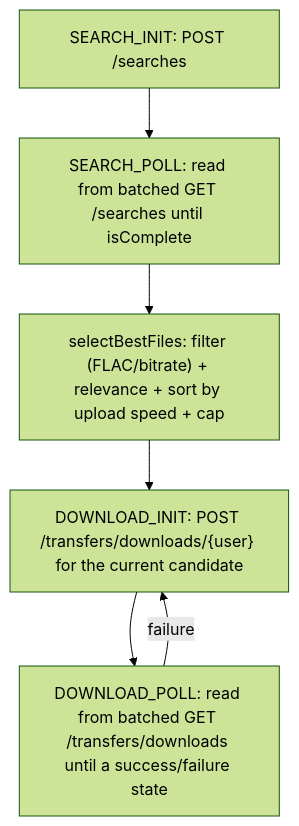
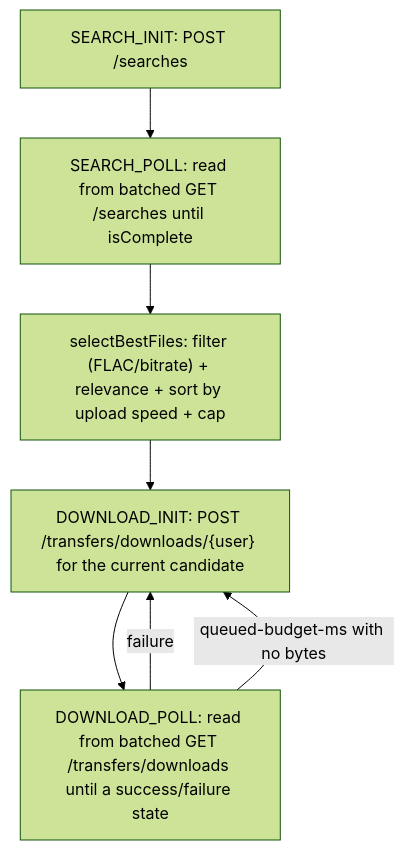
One commit to catacomb5099/naviseerr changed the diagram in docs/architecture/slskd-integration.md. Above: the diagram before and after it, drawn with Mermaid (forest theme). The commit also changed other lines of this file and 4 other files, not shown here.

````diff
--- a/docs/architecture/slskd-integration.md
+++ b/docs/architecture/slskd-integration.md
@@ -11,8 +11,9 @@
 ```mermaid
 flowchart TD
     a["SEARCH_INIT: POST /searches"] --> b["SEARCH_POLL: read from batched GET /searches until isComplete"]
     b --> c["selectBestFiles: filter (FLAC/bitrate) + relevance + sort by upload speed + cap"]
     c --> d["DOWNLOAD_INIT: POST /transfers/downloads/{user} for the current candidate"]
     d --> e["DOWNLOAD_POLL: read from batched GET /transfers/downloads until a success/failure state"]
     e -->|failure| d
+    e -->|"queued-budget-ms with no bytes"| d
 ```
````
